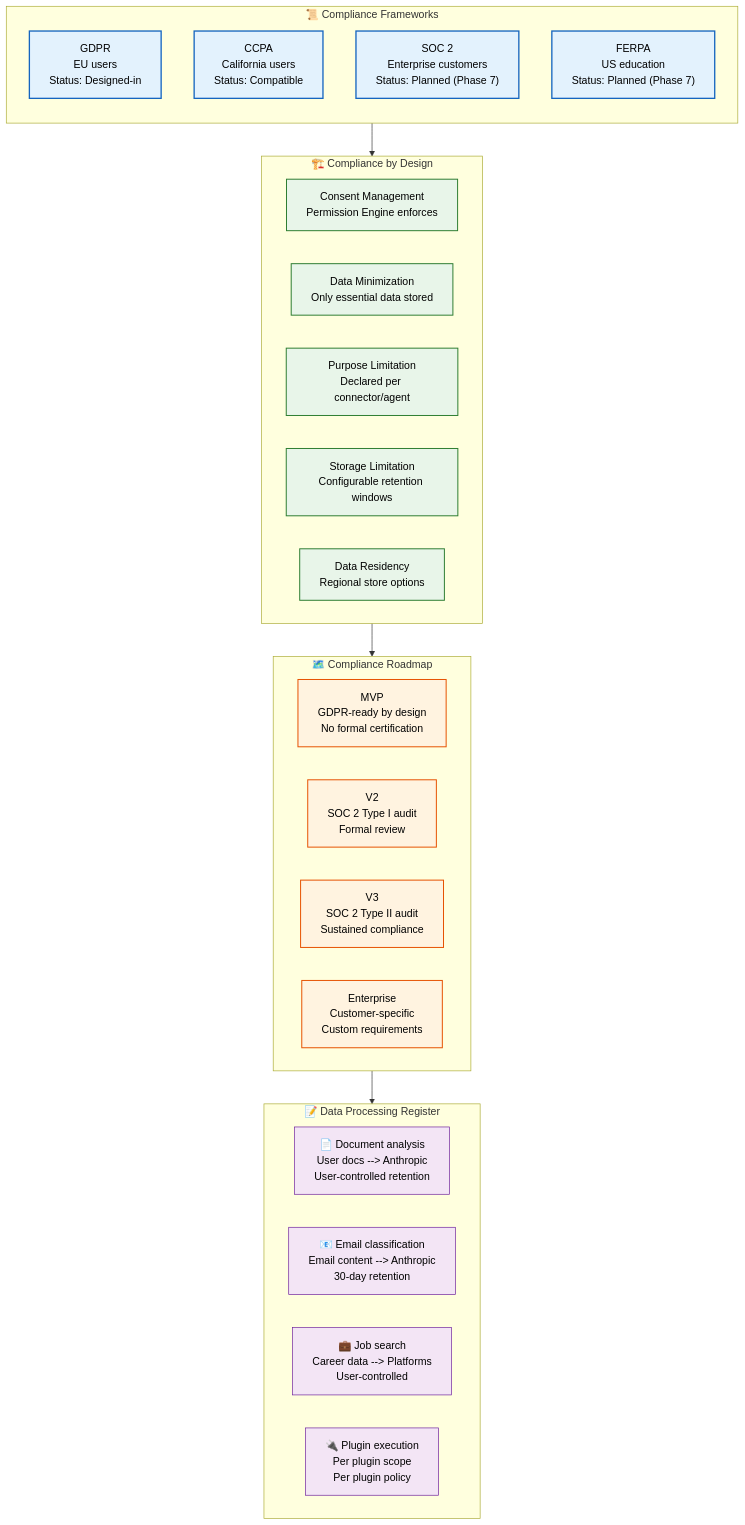
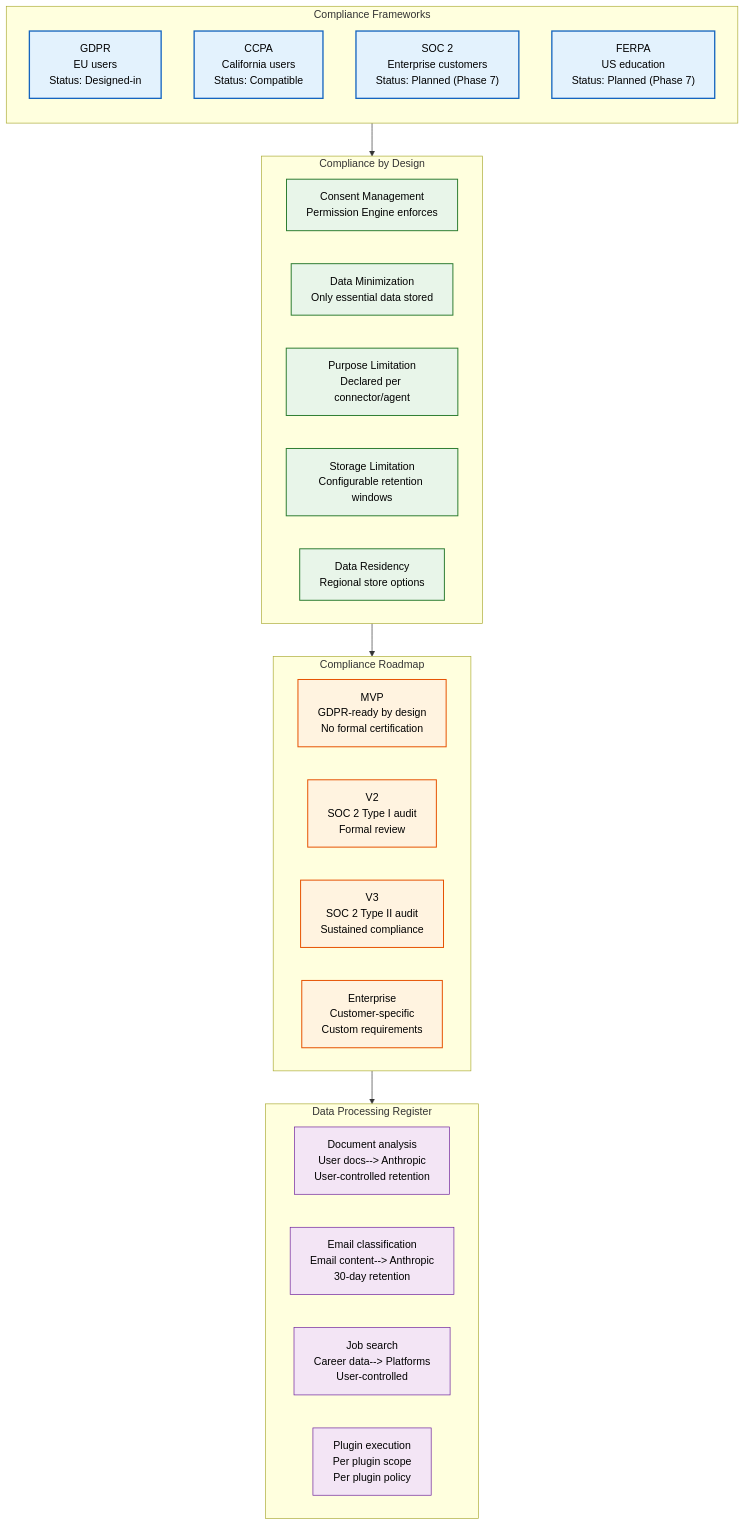
Before and after one commit to Driftloom/Vaeloom: the first of 2 diagrams in docs/security/Compliance.md, drawn with Mermaid. The commit also changed other lines of this file and 694 other files, not shown here.

First line of the commit message:
docs: mermaid standardization — encoding/mermaid/duplicate cleanup

````diff
--- a/docs/security/Compliance.md
+++ b/docs/security/Compliance.md
@@ -10,46 +10,46 @@
 ```mermaid
 graph TD
-    classDef framework fill:#e3f2fd,stroke:#1565c0,color:#000,stroke-width:2px
-    classDef design fill:#e8f5e9,stroke:#2e7d32,color:#000,stroke-width:1.5px
-    classDef roadmap fill:#fff3e0,stroke:#e65100,color:#000,stroke-width:1.5px
-    classDef register fill:#f3e5f5,stroke:#6a1b9a,color:#000,stroke-width:1px
+ classDef framework fill:#e3f2fd,stroke:#1565c0,color:#000,stroke-width:2px
+ classDef design fill:#e8f5e9,stroke:#2e7d32,color:#000,stroke-width:1.5px
+ classDef roadmap fill:#fff3e0,stroke:#e65100,color:#000,stroke-width:1.5px
+ classDef register fill:#f3e5f5,stroke:#6a1b9a,color:#000,stroke-width:1px
 
-    subgraph Frameworks["📜 Compliance Frameworks"]
-        direction TB
-        F1["GDPR<br/>EU users<br/>Status: Designed-in"]
-        F2["CCPA<br/>California users<br/>Status: Compatible"]
-        F3["SOC 2<br/>Enterprise customers<br/>Status: Planned (Phase 7)"]
-        F4["FERPA<br/>US education<br/>Status: Planned (Phase 7)"]
-    end
+ subgraph Frameworks["Compliance Frameworks"]
+ direction TB
+ F1["GDPR<br/>EU users<br/>Status: Designed-in"]
+ F2["CCPA<br/>California users<br/>Status: Compatible"]
+ F3["SOC 2<br/>Enterprise customers<br/>Status: Planned (Phase 7)"]
+ F4["FERPA<br/>US education<br/>Status: Planned (Phase 7)"]
+ end
 
-    subgraph ByDesign["🏗️ Compliance by Design"]
-        D1["Consent Management<br/>Permission Engine enforces"]
-        D2["Data Minimization<br/>Only essential data stored"]
-        D3["Purpose Limitation<br/>Declared per connector/agent"]
-        D4["Storage Limitation<br/>Configurable retention windows"]
-        D5["Data Residency<br/>Regional store options"]
-    end
+ subgraph ByDesign["Compliance by Design"]
+ D1["Consent Management<br/>Permission Engine enforces"]
+ D2["Data Minimization<br/>Only essential data stored"]
+ D3["Purpose Limitation<br/>Declared per connector/agent"]
+ D4["Storage Limitation<br/>Configurable retention windows"]
+ D5["Data Residency<br/>Regional store options"]
+ end
 
-    subgraph Roadmap["🗺️ Compliance Roadmap"]
-        R1["MVP<br/>GDPR-ready by design<br/>No formal certification"]
-        R2["V2<br/>SOC 2 Type I audit<br/>Formal review"]
-        R3["V3<br/>SOC 2 Type II audit<br/>Sustained compliance"]
-        R4["Enterprise<br/>Customer-specific<br/>Custom requirements"]
-    end
+ subgraph Roadmap["Compliance Roadmap"]
+ R1["MVP<br/>GDPR-ready by design<br/>No formal certification"]
+ R2["V2<br/>SOC 2 Type I audit<br/>Formal review"]
+ R3["V3<br/>SOC 2 Type II audit<br/>Sustained compliance"]
+ R4["Enterprise<br/>Customer-specific<br/>Custom requirements"]
+ end
 
-    subgraph Register["📝 Data Processing Register"]
-        G1["📄 Document analysis<br/>User docs --> Anthropic<br/>User-controlled retention"]
-        G2["📧 Email classification<br/>Email content --> Anthropic<br/>30-day retention"]
-        G3["💼 Job search<br/>Career data --> Platforms<br/>User-controlled"]
-        G4["🔌 Plugin execution<br/>Per plugin scope<br/>Per plugin policy"]
-    end
+ subgraph Register["Data Processing Register"]
+ G1["Document analysis<br/>User docs--> Anthropic<br/>User-controlled retention"]
+ G2["Email classification<br/>Email content--> Anthropic<br/>30-day retention"]
+ G3["Job search<br/>Career data--> Platforms<br/>User-controlled"]
+ G4["Plugin execution<br/>Per plugin scope<br/>Per plugin policy"]
+ end
 
-    Frameworks --> ByDesign
-    ByDesign --> Roadmap
-    Roadmap --> Register
+ Frameworks--> ByDesign
+ ByDesign--> Roadmap
+ Roadmap--> Register
 
-    class F1,F2,F3,F4 framework
-    class D1,D2,D3,D4,D5 design
-    class R1,R2,R3,R4 roadmap
-    class G1,G2,G3,G4 register
+ class F1,F2,F3,F4 framework
+ class D1,D2,D3,D4,D5 design
+ class R1,R2,R3,R4 roadmap
+ class G1,G2,G3,G4 register
 ```
````
